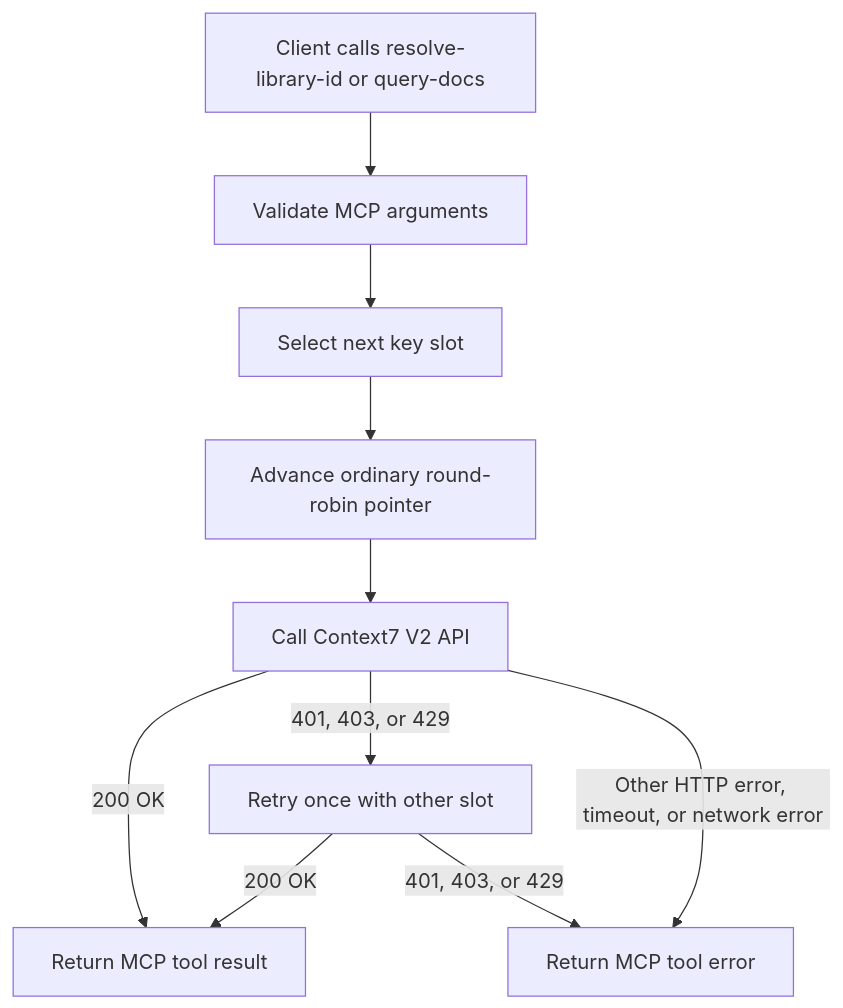
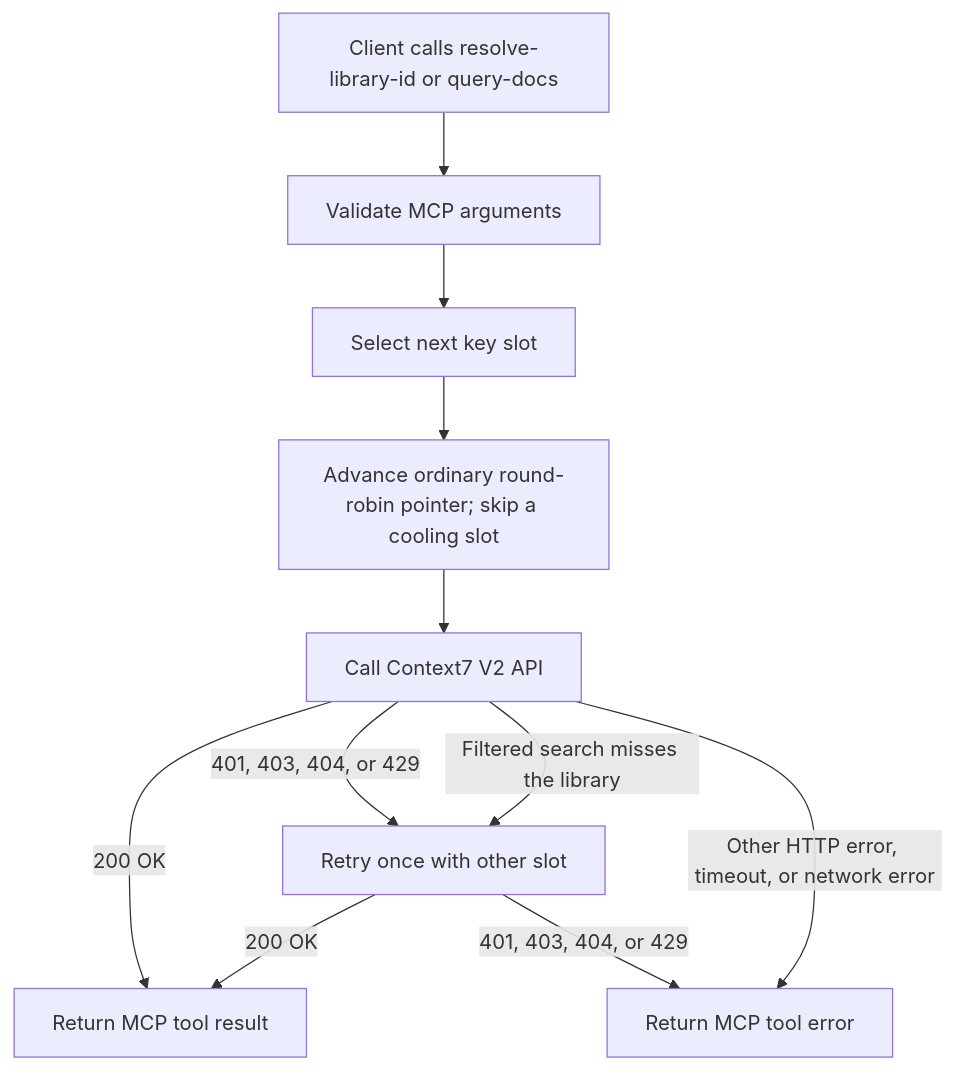
Before and after one commit to MooseGooseConsulting/context7-key-rotator-mcp: the diagram in README.md, drawn with Mermaid. The commit also changed other lines of this file and 3 other files, not shown here.

First line of the commit message:
fix: hide key library-filter divergence and honor Retry-After

````diff
--- a/README.md
+++ b/README.md
@@ -22,12 +22,13 @@
 ```mermaid
 flowchart TD
     A[Client calls resolve-library-id or query-docs] --> B[Validate MCP arguments]
     B --> C[Select next key slot]
-    C --> D[Advance ordinary round-robin pointer]
+    C --> D[Advance ordinary round-robin pointer; skip a cooling slot]
     D --> E[Call Context7 V2 API]
     E -->|200 OK| F[Return MCP tool result]
-    E -->|401, 403, or 429| G[Retry once with other slot]
+    E -->|401, 403, 404, or 429| G[Retry once with other slot]
+    E -->|Filtered search misses the library| G
     G -->|200 OK| F
-    G -->|401, 403, or 429| H[Return MCP tool error]
+    G -->|401, 403, 404, or 429| H[Return MCP tool error]
     E -->|Other HTTP error, timeout, or network error| H
 ```
````
